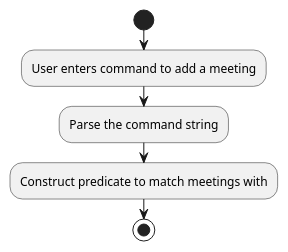
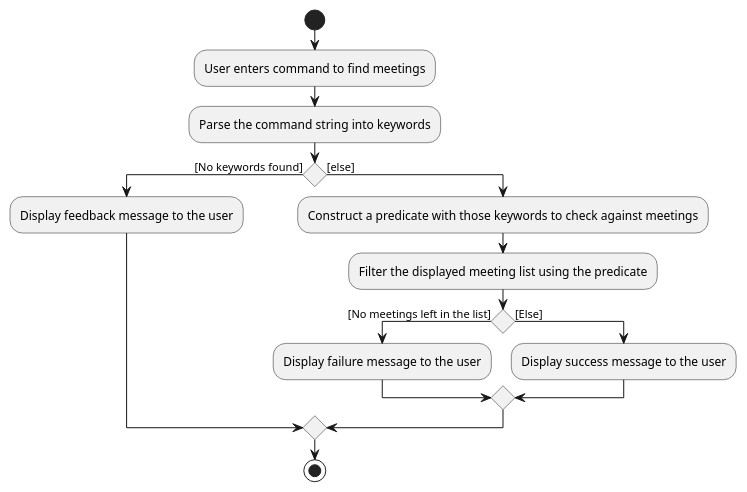
One commit to nus-cs2103-AY2021S2/tp changed the diagram in docs/diagrams/FindMeetingActivityDiagram.puml. Above: the diagram before and after it, drawn with PlantUML. The commit also changed 6 other files, not shown here.

Commit message:
Complete findMeetingCommand activity diagram / Correct other activity diagram

```diff
--- a/docs/diagrams/FindMeetingActivityDiagram.puml
+++ b/docs/diagrams/FindMeetingActivityDiagram.puml
@@ -1,13 +1,19 @@
 @startuml
 start
-:User enters command to add a meeting;
+:User enters command to find meetings;
 
-:Parse the command string;
+:Parse the command string into keywords;
 
-:Construct predicate to match meetings with;
-
-
-
+if () then ([No keywords found])
+    :Display feedback message to the user;
+else ([else])
+    :Construct a predicate with those keywords to check against meetings;
+    :Filter the displayed meeting list using the predicate;
+    if () then ([No meetings left in the list])
+        :Display failure message to the user;
+    else ([Else])
+        :Display success message to the user;
+    endif
+endif
 stop
-'    stop
 @enduml
```
